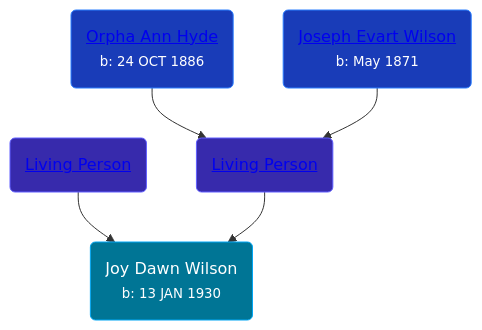
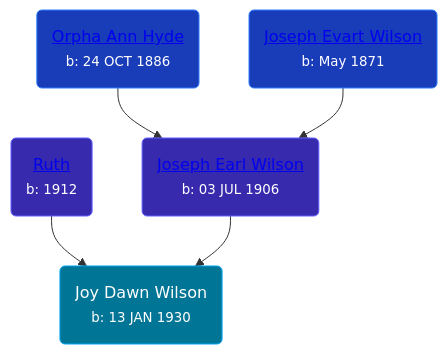
The diagram in pages/people/2/29575132.md (wpmgotkh/wpmgotkh.github.io), drawn with Mermaid before and after one commit. The commit also changed other lines of this file and 586 other files, not shown here.

Commit message:
feat: better shouldConsiderPersonLiving algo

````diff
--- a/pages/people/2/29575132.md
+++ b/pages/people/2/29575132.md
@@ -11,11 +11,11 @@
 ```mermaid
 graph
 classDef grands fill:#193cb8,stroke:#2b7fff,stroke-width:1px,color:#fff;
 classDef parents fill:#372aac,stroke:#615fff,stroke-width:1px,color:#fff;
 classDef primary fill:#007595,stroke:#00a6f4,stroke-width:1px,color:#fff;
 29575132(Joy Dawn Wilson<br /><small>b: 13 JAN 1930</small>):::primary
-72945090(<a class="text-white" href="/people/7/72945090">Living Person</a>):::parents-->29575132
-35616804(<a class="text-white" href="/people/3/35616804">Living Person</a>):::parents-->29575132
+72945090(<a class="text-white" href="/people/7/72945090">Ruth </a><br /><small>b: 1912</small>):::parents-->29575132
+35616804(<a class="text-white" href="/people/3/35616804">Joseph Earl Wilson</a><br /><small>b: 03 JUL 1906</small>):::parents-->29575132
 63932813(<a class="text-white" href="/people/6/63932813">Orpha Ann Hyde</a><br /><small>b: 24 OCT 1886</small>):::grands-->35616804
 57306025(<a class="text-white" href="/people/5/57306025">Joseph Evart Wilson</a><br /><small>b: May 1871</small>):::grands-->35616804
 ```
````
